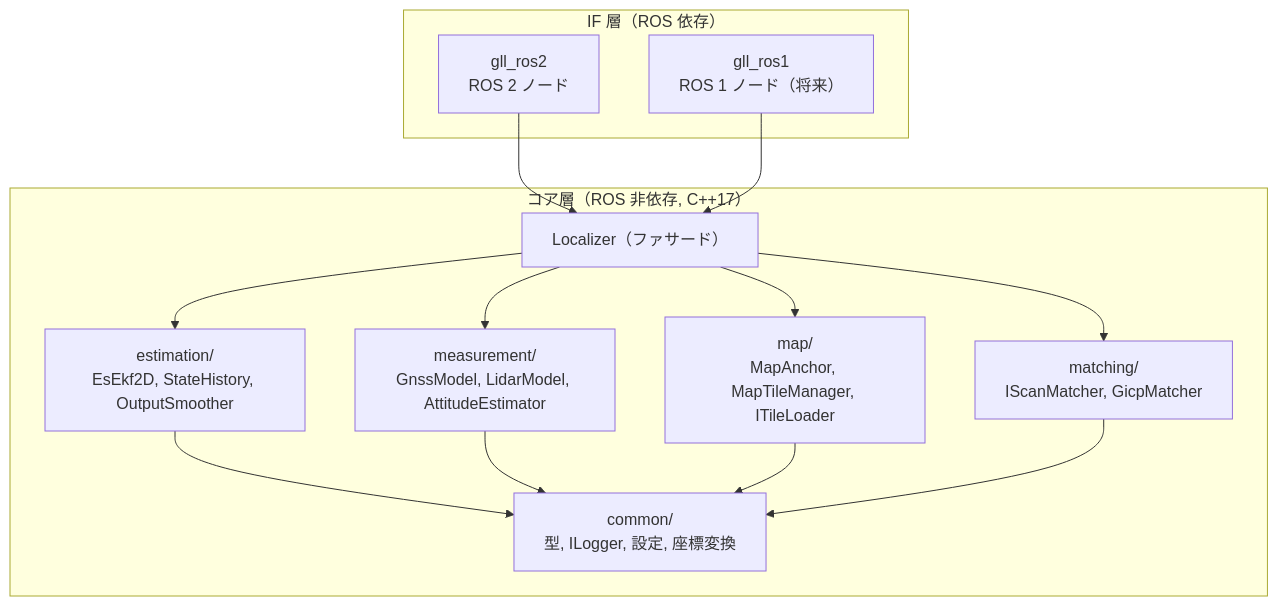
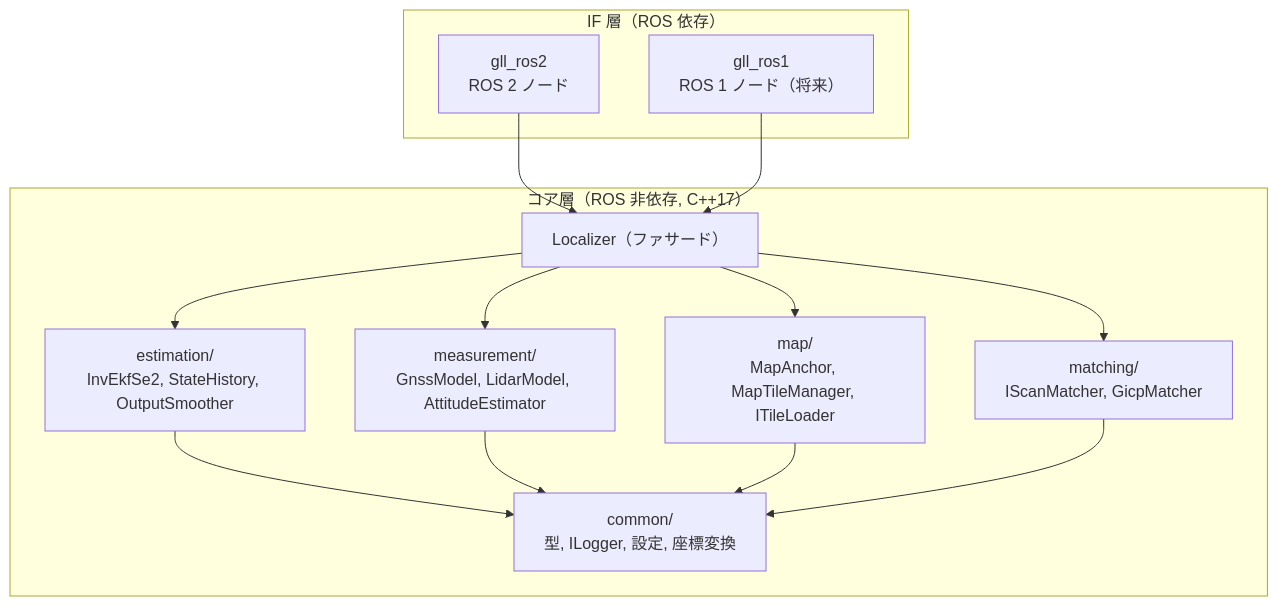
Before and after one commit to mamoru1126/gnss_and_lidar_localization: the third of 3 diagrams in docs/design.md, drawn with Mermaid. The commit also changed other lines of this file, not shown here.

First line of the commit message:
docs: 設計書 v0.3（Invariant EKF 採用、ublox_gps/NavPVT、外部ツールによる地図統合）

````diff
--- a/docs/design.md
+++ b/docs/design.md
@@ -596,19 +618,19 @@
 ```mermaid
 flowchart TB
   subgraph IF["IF 層（ROS 依存）"]
     R2[gll_ros2<br/>ROS 2 ノード]
     R1[gll_ros1<br/>ROS 1 ノード（将来）]
   end
   subgraph CORE["コア層（ROS 非依存, C++17）"]
     API[Localizer（ファサード）]
-    EST[estimation/<br/>EsEkf2D, StateHistory, OutputSmoother]
+    EST[estimation/<br/>InvEkfSe2, StateHistory, OutputSmoother]
     MEAS[measurement/<br/>GnssModel, LidarModel, AttitudeEstimator]
     MAP[map/<br/>MapAnchor, MapTileManager, ITileLoader]
     MATCH[matching/<br/>IScanMatcher, GicpMatcher]
     COMMON[common/<br/>型, ILogger, 設定, 座標変換]
   end
   R2 --> API
   R1 --> API
   API --> EST & MEAS & MAP & MATCH
   EST & MEAS & MAP & MATCH --> COMMON
 ```
````
